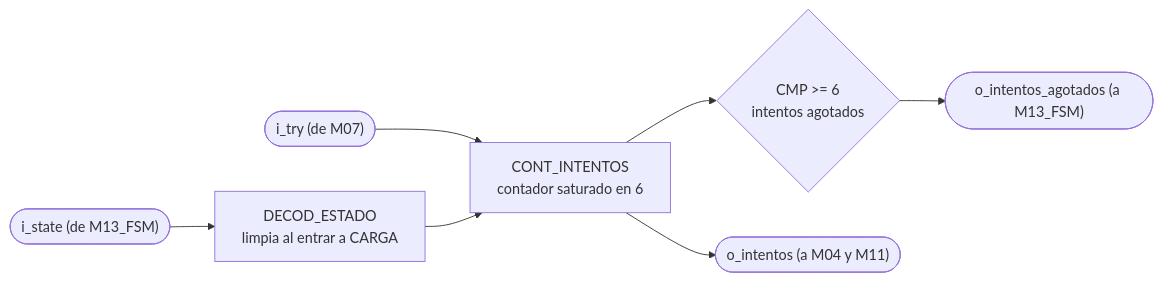
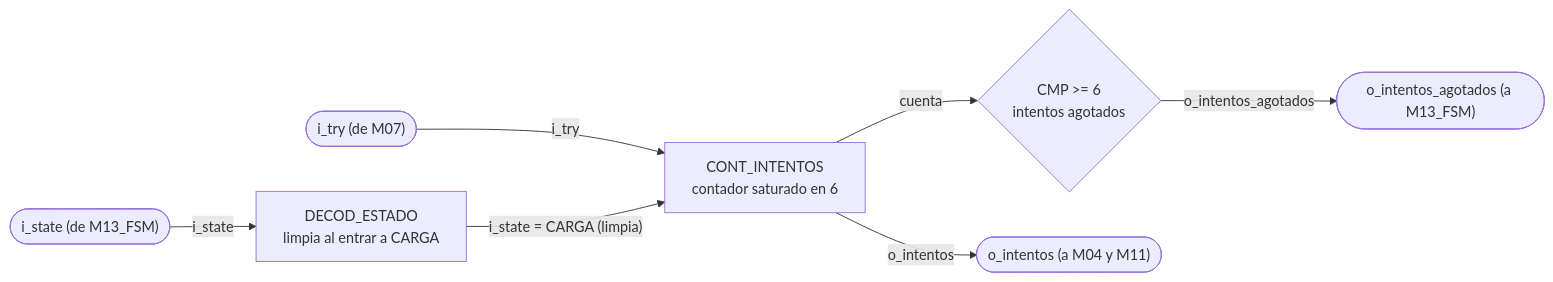
The first of 2 diagrams in docs/diseño/modulos/M12_Contador-Intentos.md (Taller-de-diseno-digital-GR01/Proyecto-2-Ahorcado), drawn with Mermaid before and after one commit. The commit also changed 10 other files, not shown here.

````diff
--- a/docs/diseño/modulos/M12_Contador-Intentos.md
+++ b/docs/diseño/modulos/M12_Contador-Intentos.md
@@ -9,9 +9,9 @@
 ```mermaid
 flowchart LR
-    IN_TRY(["i_try (de M07)"]) --> CNT1["CONT_INTENTOS<br/>contador saturado en 6"]
-    IN_STATE(["i_state (de M13_FSM)"]) --> DEC_ST["DECOD_ESTADO<br/>limpia al entrar a CARGA"]
-    DEC_ST --> CNT1
-    CNT1 --> CMP1{"CMP >= 6<br/>intentos agotados"}
-    CMP1 --> OUT_FSM(["o_intentos_agotados (a M13_FSM)"])
-    CNT1 --> OUT_M11(["o_intentos (a M04 y M11)"])
+    IN_TRY(["i_try (de M07)"]) -->|i_try| CNT1["CONT_INTENTOS<br/>contador saturado en 6"]
+    IN_STATE(["i_state (de M13_FSM)"]) -->|i_state| DEC_ST["DECOD_ESTADO<br/>limpia al entrar a CARGA"]
+    DEC_ST -->|"i_state = CARGA (limpia)"| CNT1
+    CNT1 -->|cuenta| CMP1{"CMP >= 6<br/>intentos agotados"}
+    CMP1 -->|o_intentos_agotados| OUT_FSM(["o_intentos_agotados (a M13_FSM)"])
+    CNT1 -->|o_intentos| OUT_M11(["o_intentos (a M04 y M11)"])
 ```
````
